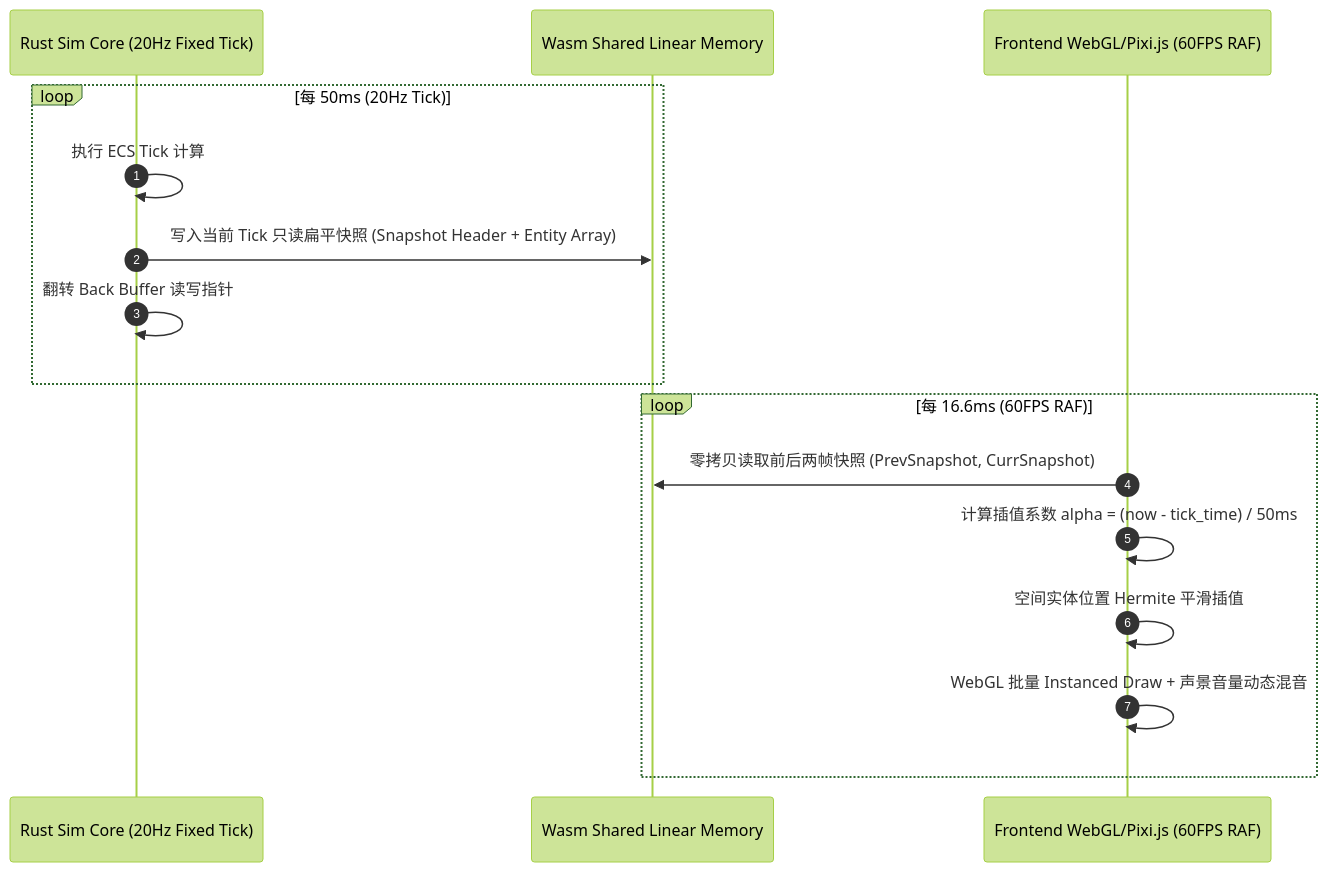
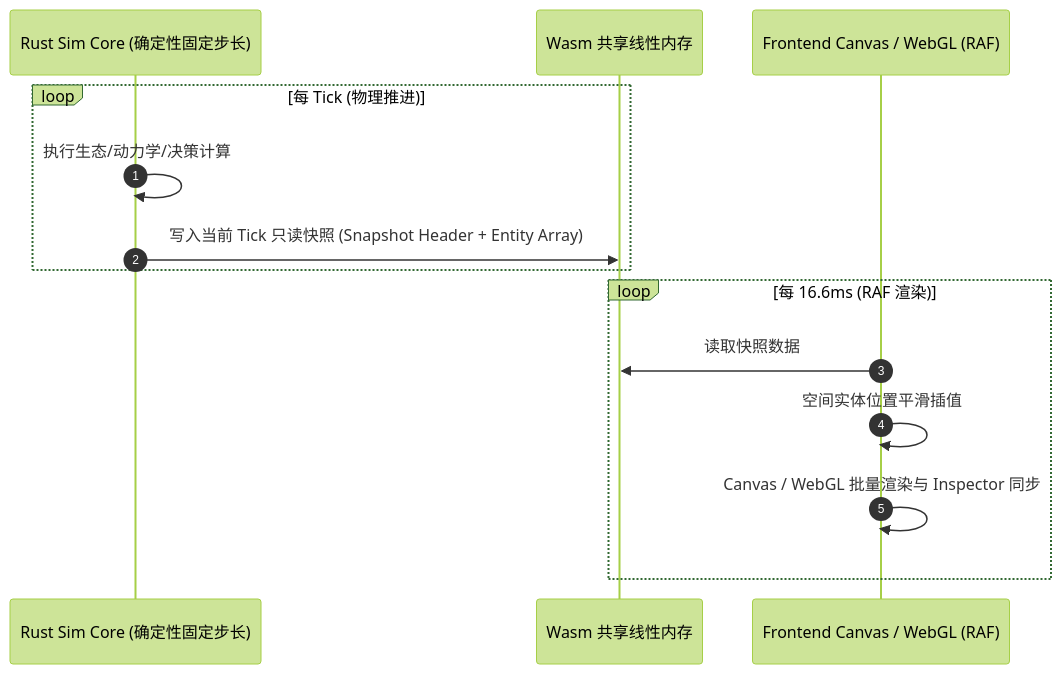
The third of 4 diagrams in ARCHITECTURE.md (g39088902/FlowAndAccord), drawn with Mermaid (forest theme) before and after one commit. The commit also changed other lines of this file and 12 other files, not shown here.

Commit message:
feat(sim_core): 重构决策子系统为模块化目录，增加POI储量门槛与中途平滑折返机制，延长决策周期至30tick

````diff
--- a/ARCHITECTURE.md
+++ b/ARCHITECTURE.md
@@ -207,20 +206,18 @@
 ```mermaid
 sequenceDiagram
     autonumber
-    participant Core as Rust Sim Core (20Hz Fixed Tick)
-    participant SharedMem as Wasm Shared Linear Memory
-    participant Front as Frontend WebGL/Pixi.js (60FPS RAF)
+    participant Core as Rust Sim Core (确定性固定步长)
+    participant SharedMem as Wasm 共享线性内存
+    participant Front as Frontend Canvas / WebGL (RAF)
 
-    loop 每 50ms (20Hz Tick)
-        Core->>Core: 执行 ECS Tick 计算
-        Core->>SharedMem: 写入当前 Tick 只读扁平快照 (Snapshot Header + Entity Array)
-        Core->>Core: 翻转 Back Buffer 读写指针
+    loop 每 Tick (物理推进)
+        Core->>Core: 执行生态/动力学/决策计算
+        Core->>SharedMem: 写入当前 Tick 只读快照 (Snapshot Header + Entity Array)
     end
 
-    loop 每 16.6ms (60FPS RAF)
-        Front->>SharedMem: 零拷贝读取前后两帧快照 (PrevSnapshot, CurrSnapshot)
-        Front->>Front: 计算插值系数 alpha = (now - tick_time) / 50ms
-        Front->>Front: 空间实体位置 Hermite 平滑插值
-        Front->>Front: WebGL 批量 Instanced Draw + 声景音量动态混音
+    loop 每 16.6ms (RAF 渲染)
+        Front->>SharedMem: 读取快照数据
+        Front->>Front: 空间实体位置平滑插值
+        Front->>Front: Canvas / WebGL 批量渲染与 Inspector 同步
     end
 ```
````
